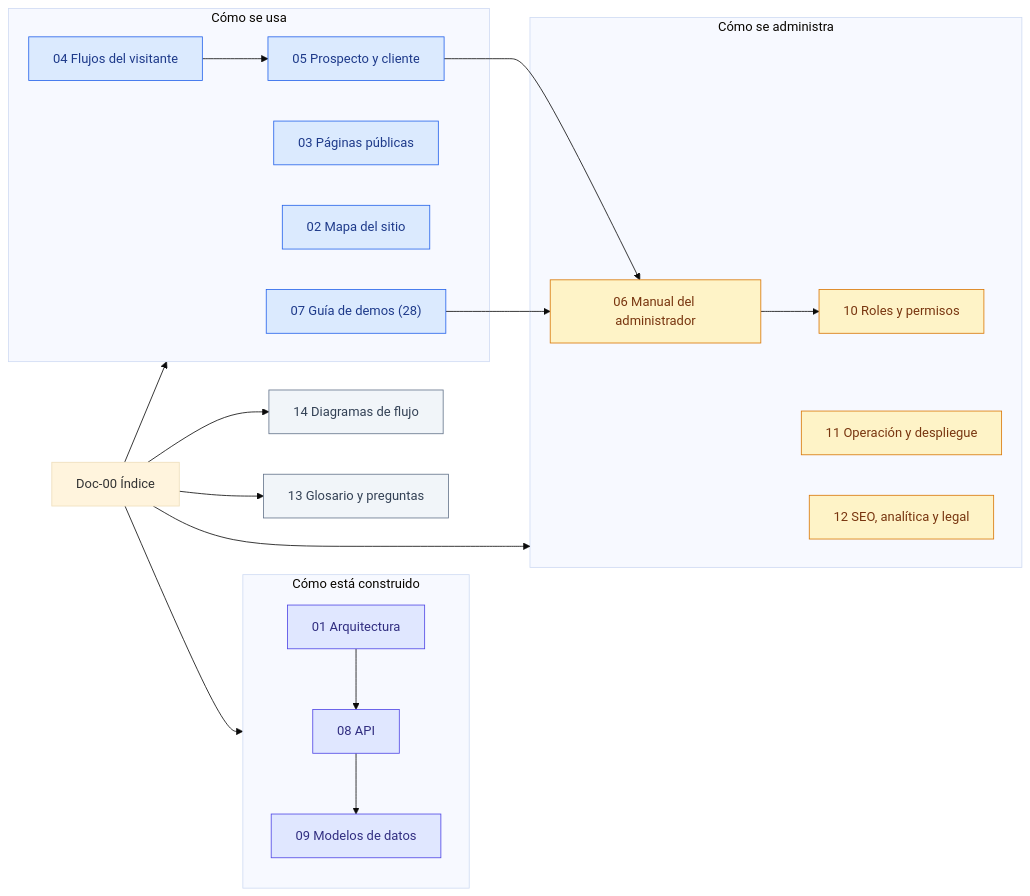
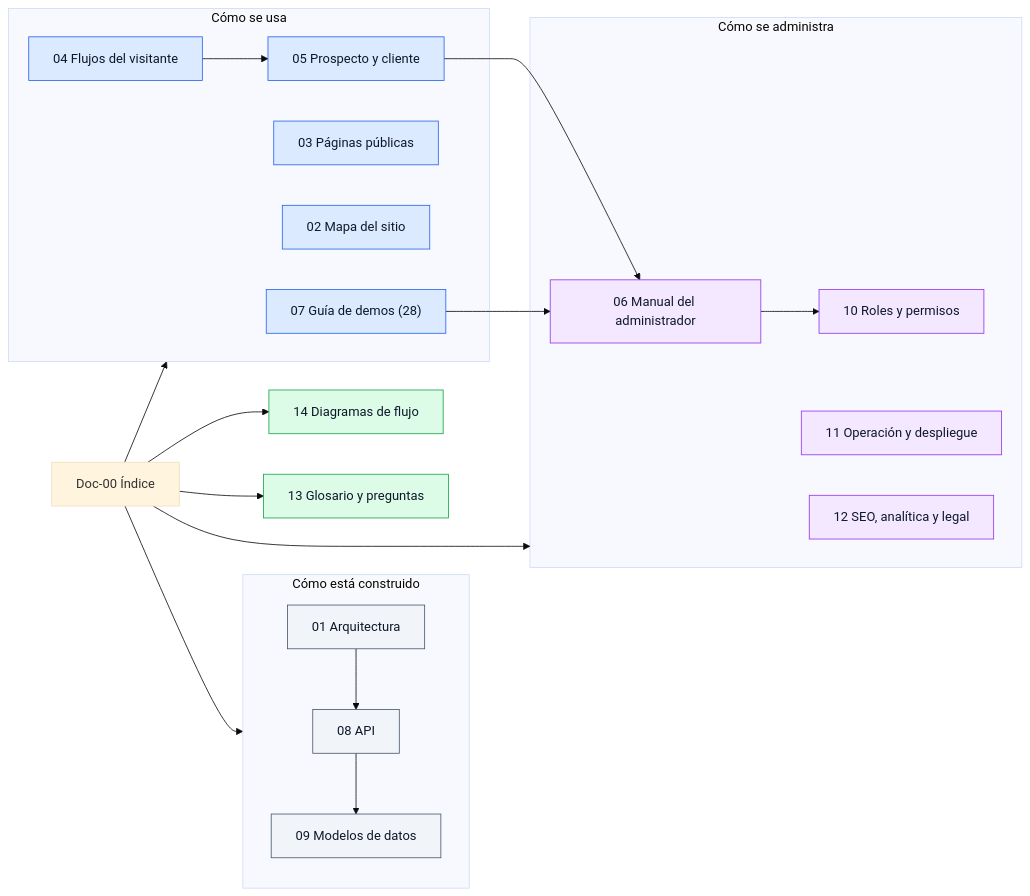
Before and after one commit to ronalc90/koptup: the diagram in docs/wiki/Doc-00-Indice.md, drawn with Mermaid (base theme). The commit also changed other lines of this file and 72 other files, not shown here.

First line of the commit message:
docs(wiki): diagramas de flujo del sitio (negocio, administración y técnicos)

````diff
--- a/docs/wiki/Doc-00-Indice.md
+++ b/docs/wiki/Doc-00-Indice.md
@@ -13,43 +13,43 @@
 ```mermaid
 flowchart LR
-    classDef visitante fill:#dbeafe,stroke:#2563eb,color:#1e3a8a
-    classDef admin fill:#fef3c7,stroke:#d97706,color:#78350f
-    classDef sistema fill:#e0e7ff,stroke:#4f46e5,color:#312e81
-    classDef externo fill:#f1f5f9,stroke:#64748b,color:#334155
+    classDef visitante fill:#dbeafe,stroke:#2563eb,color:#0f172a
+    classDef sistema fill:#f1f5f9,stroke:#475569,color:#0f172a
+    classDef admin fill:#f3e8ff,stroke:#9333ea,color:#0f172a
+    classDef aviso fill:#dcfce7,stroke:#16a34a,color:#0f172a
 
     IDX["Doc-00 Índice"]
 
     subgraph USO["Cómo se usa"]
         D02["02 Mapa del sitio"]:::visitante
         D03["03 Páginas públicas"]:::visitante
         D04["04 Flujos del visitante"]:::visitante
         D05["05 Prospecto y cliente"]:::visitante
         D07["07 Guía de demos (28)"]:::visitante
     end
 
     subgraph GESTION["Cómo se administra"]
         D06["06 Manual del administrador"]:::admin
         D10["10 Roles y permisos"]:::admin
         D11["11 Operación y despliegue"]:::admin
         D12["12 SEO, analítica y legal"]:::admin
     end
 
     subgraph DENTRO["Cómo está construido"]
         D01["01 Arquitectura"]:::sistema
         D08["08 API"]:::sistema
         D09["09 Modelos de datos"]:::sistema
     end
 
-    D14["14 Diagramas de flujo"]:::externo
-    D13["13 Glosario y preguntas"]:::externo
+    D14["14 Diagramas de flujo"]:::aviso
+    D13["13 Glosario y preguntas"]:::aviso
 
     IDX --> USO
     IDX --> GESTION
     IDX --> DENTRO
     IDX --> D14
     IDX --> D13
     D04 --> D05 --> D06
     D07 --> D06
     D06 --> D10
     D01 --> D08 --> D09
 ```
````
